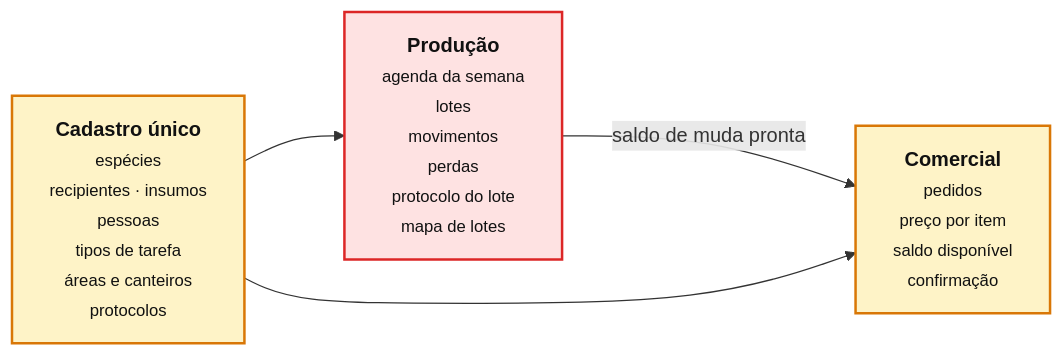
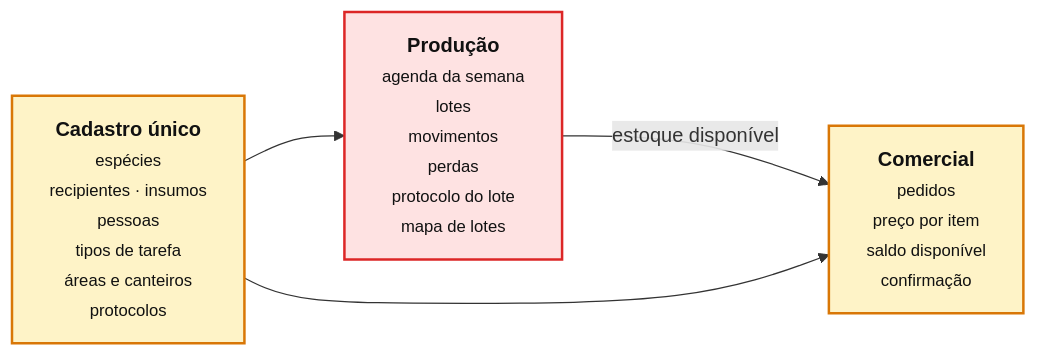
The diagram in docs/rotinas/img/mapa-4-areas.mmd (JoaoMudar/tcc), drawn with Mermaid before and after one commit. The commit also changed 56 other files, not shown here.

First line of the commit message:
docs: estoque disponível, altura do lote e pedem providência

```diff
--- a/docs/rotinas/img/mapa-4-areas.mmd
+++ b/docs/rotinas/img/mapa-4-areas.mmd
@@ -1,24 +1,24 @@
 %% A visao do dono: as tres areas de negocio e nada mais.
 %% Em LR, tres caixas numa faixa horizontal: e a figura que entra na largura da
 %% pagina do TCC sem virar coluna. O `rankSpacing` folgado existe para o rotulo
-%% "saldo de muda pronta" caber entre a Producao e o Comercial sem a seta passar
+%% "estoque disponível" caber entre a Producao e o Comercial sem a seta passar
 %% por cima da palavra.
 %% As fracoes de etapa com tela sairam dos nos: contagem de obra nao e conteudo de
 %% figura de TCC, e quem quiser o numero le a tabela de etapas de 00-mapa-de-rotinas.
 %% O status continua no traco da borda, que e o que a legenda da pagina descreve.
 %%{init: {'flowchart': {'rankSpacing': 80, 'nodeSpacing': 50, 'curve': 'basis'}}}%%
 flowchart LR
   C["<b>Cadastro único</b><br/><small>espécies<br/>recipientes · insumos<br/>pessoas<br/>tipos de tarefa<br/>áreas e canteiros<br/>protocolos</small>"]
   R["<b>Produção</b><br/><small>agenda da semana<br/>lotes<br/>movimentos<br/>perdas<br/>protocolo do lote<br/>mapa de lotes</small>"]
   P["<b>Comercial</b><br/><small>pedidos<br/>preço por item<br/>saldo disponível<br/>confirmação</small>"]
 
   C --> R
-  R -->|"saldo de muda pronta"| P
+  R -->|"estoque disponível"| P
   C --> P
 
   classDef ok fill:#dcfce7,stroke:#16a34a,stroke-width:2px,color:#111
   classDef meio fill:#fef3c7,stroke:#d97706,stroke-width:2px,color:#111
   classDef falta fill:#fee2e2,stroke:#dc2626,stroke-width:2px,color:#111
 
   class C,P meio
   class R falta
```
